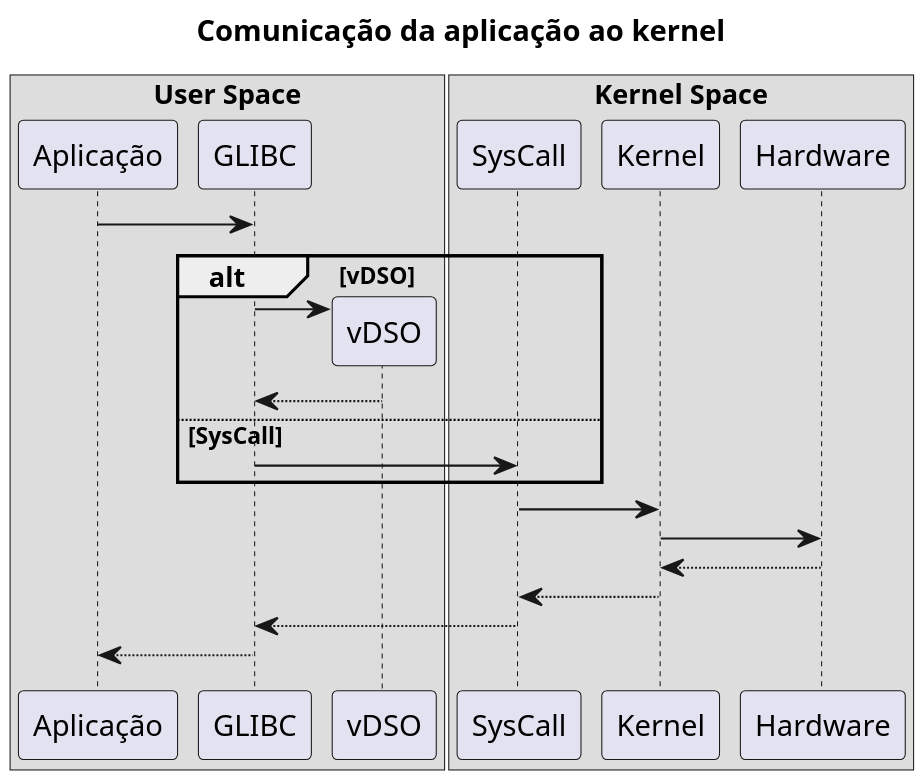
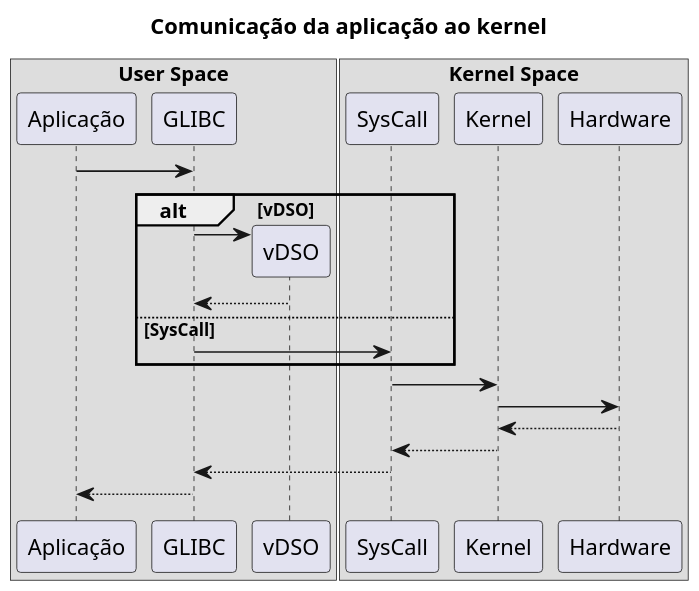
The diagram in resources/plantuml/kernel-comm.puml (fabioluciano/containers-for-anxious-people), drawn with PlantUML before and after one commit. The commit also changed 8 other files, not shown here.

```diff
--- a/resources/plantuml/kernel-comm.puml
+++ b/resources/plantuml/kernel-comm.puml
@@ -1,38 +1,38 @@
 @startuml
-skinparam dpi 200
+skinparam dpi 150
 
 
 title Comunicação da aplicação ao kernel
 
 
 box "User Space"
   participant Aplicação
   participant GLIBC
   participant vDSO
 end box
 
 box "Kernel Space"
   participant SysCall
   participant Kernel
   participant Hardware
 end box
 
 
 Aplicação -> GLIBC
 alt vDSO
   create vDSO
   GLIBC -> vDSO
   vDSO --> GLIBC
 else SysCall
   GLIBC -> SysCall
 end
   SysCall -> Kernel
   Kernel -> Hardware
 
   Hardware --> Kernel
   Kernel --> SysCall
   SysCall --> GLIBC
   GLIBC --> Aplicação
 
 
 @enduml
```
